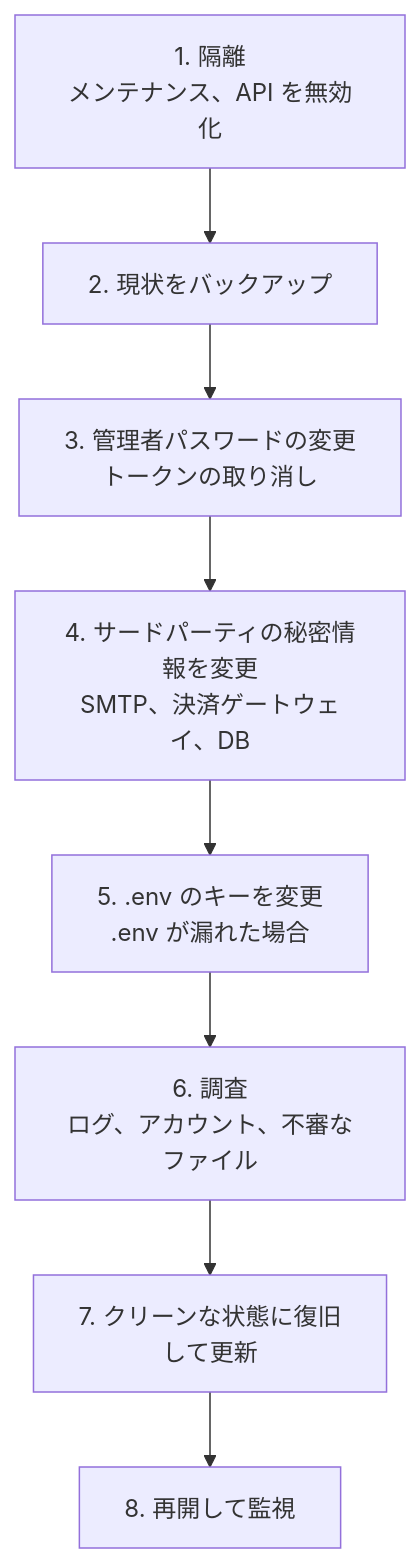
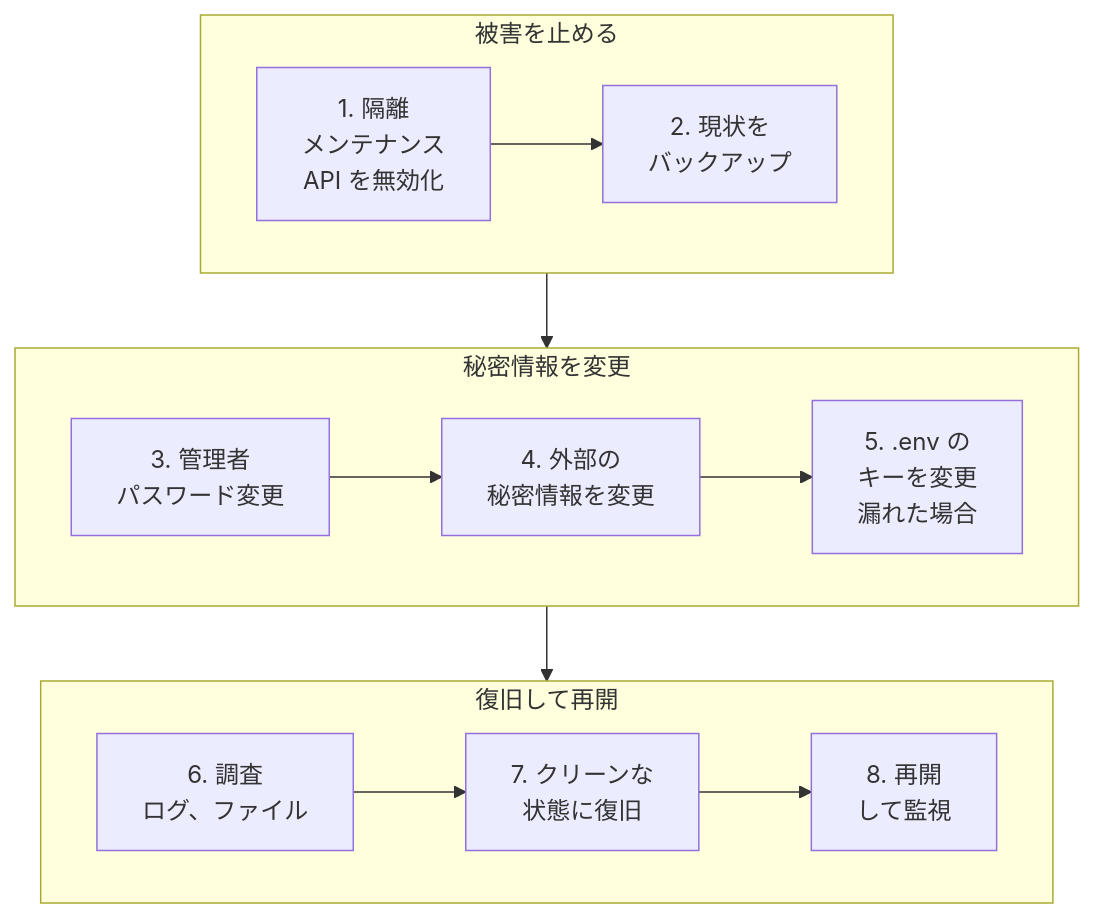
The second of 2 diagrams in security/security-updates-and-incidents_ja.md (gp247net/gp247-docs), drawn with Mermaid before and after one commit. The commit also changed 44 other files, not shown here.

First line of the commit message:
docs: redraw oversized diagrams in security, API and MCP docs (vi/en/ja)

````diff
--- a/security/security-updates-and-incidents_ja.md
+++ b/security/security-updates-and-incidents_ja.md
@@ -85,10 +85,16 @@
 ```mermaid
-flowchart TD
-    A["1. 隔離<br/>メンテナンス、API を無効化"] --> B["2. 現状をバックアップ"]
-    B --> C["3. 管理者パスワードの変更<br/>トークンの取り消し"]
-    C --> D["4. サードパーティの秘密情報を変更<br/>SMTP、決済ゲートウェイ、DB"]
-    D --> E["5. .env のキーを変更<br/>.env が漏れた場合"]
-    E --> F["6. 調査<br/>ログ、アカウント、不審なファイル"]
-    F --> G["7. クリーンな状態に復旧<br/>して更新"]
-    G --> H["8. 再開して監視"]
+flowchart TB
+    subgraph S1["被害を止める"]
+        direction LR
+        A["1. 隔離<br/>メンテナンス<br/>API を無効化"] --> B["2. 現状を<br/>バックアップ"]
+    end
+    subgraph S2["秘密情報を変更"]
+        direction LR
+        C["3. 管理者<br/>パスワード変更"] --> D["4. 外部の<br/>秘密情報を変更"] --> E["5. .env の<br/>キーを変更<br/>漏れた場合"]
+    end
+    subgraph S3["復旧して再開"]
+        direction LR
+        F["6. 調査<br/>ログ、ファイル"] --> G["7. クリーンな<br/>状態に復旧"] --> H["8. 再開<br/>して監視"]
+    end
+    S1 --> S2 --> S3
 ```
````
